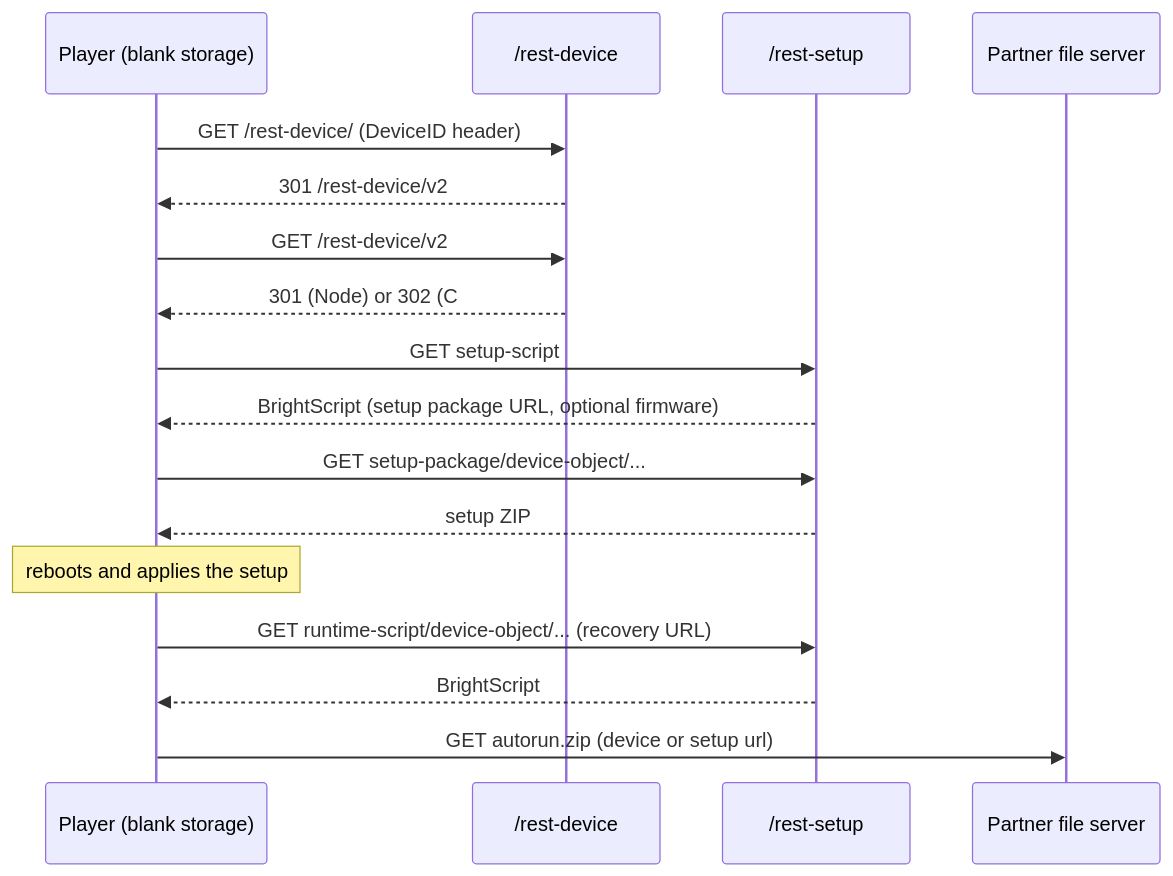
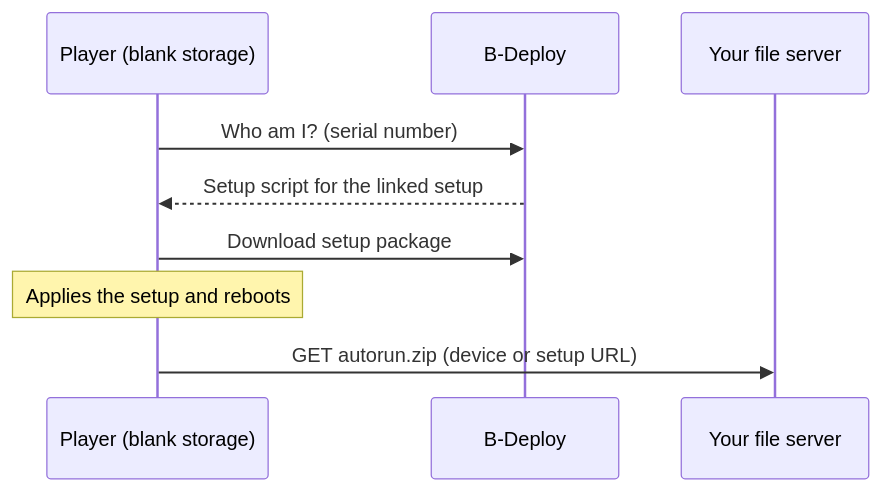
One commit to BrightDevelopers/bdeploy-migration-guide changed the first of 2 diagrams in README.md. Above: the diagram before and after it, drawn with Mermaid. The commit also changed other lines of this file and 3 other files, not shown here.

````diff
--- a/README.md
+++ b/README.md
@@ -47,19 +175,11 @@
 ```mermaid
 sequenceDiagram
     participant P as Player (blank storage)
-    participant D as /rest-device
-    participant S as /rest-setup
-    participant F as Partner file server
-    P->>D: GET /rest-device/ (DeviceID header)
-    D-->>P: 301 /rest-device/v2
-    P->>D: GET /rest-device/v2
-    D-->>P: 301 (Node) or 302 (C#) /rest-setup/v2/setup-script/device-object/...
-    P->>S: GET setup-script
-    S-->>P: BrightScript (setup package URL, optional firmware)
-    P->>S: GET setup-package/device-object/...
-    S-->>P: setup ZIP
-    Note over P: reboots and applies the setup
-    P->>S: GET runtime-script/device-object/... (recovery URL)
-    S-->>P: BrightScript
-    P->>F: GET autorun.zip (device or setup url)
+    participant B as B-Deploy
+    participant F as Your file server
+    P->>B: Who am I? (serial number)
+    B-->>P: Setup script for the linked setup
+    P->>B: Download setup package
+    Note over P: Applies the setup and reboots
+    P->>F: GET autorun.zip (device or setup URL)
 ```
````
